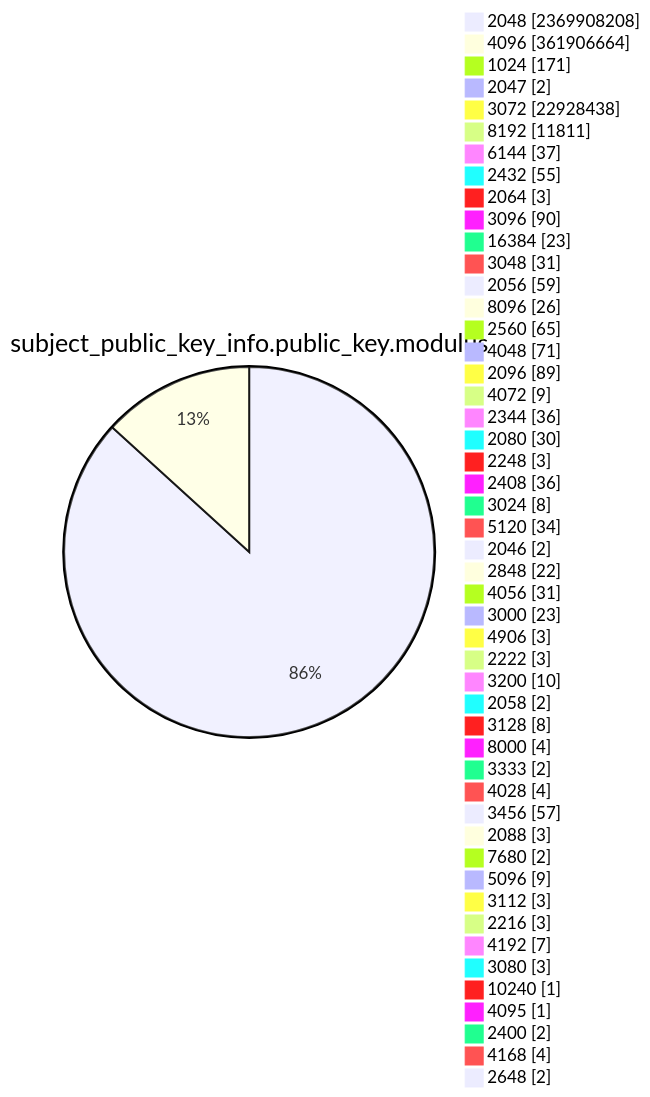
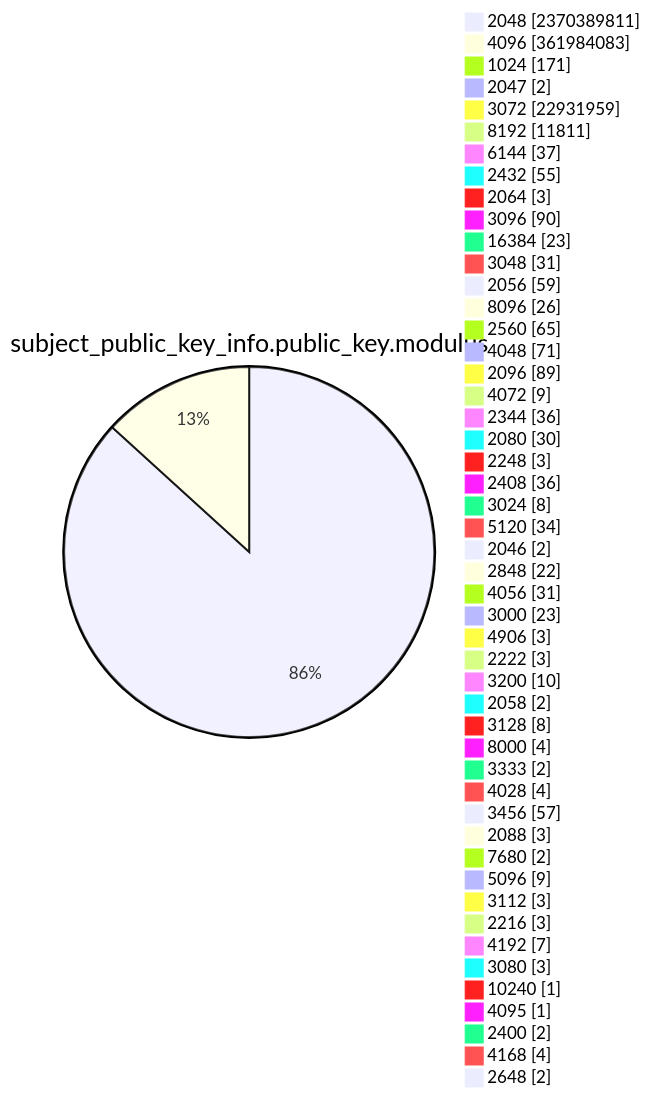
Diagram 13 of 15 in TOTAL/README.md (christiankrug/ctmonitor_visualization), drawn with Mermaid before and after one commit. The commit also changed other lines of this file, not shown here.

````diff
--- a/TOTAL/README.md
+++ b/TOTAL/README.md
@@ -4167,53 +4167,53 @@
 ```mermaid
 pie showData
 title subject_public_key_info.public_key.modulus
-"2048" :2369908208
-"4096" :361906664
+"2048" :2370389811
+"4096" :361984083
 "1024" :171
 "2047" :2
-"3072" :22928438
+"3072" :22931959
 "8192" :11811
 "6144" :37
 "2432" :55
 "2064" :3
 "3096" :90
 "16384" :23
 "3048" :31
 "2056" :59
 "8096" :26
 "2560" :65
 "4048" :71
 "2096" :89
 "4072" :9
 "2344" :36
 "2080" :30
 "2248" :3
 "2408" :36
 "3024" :8
 "5120" :34
 "2046" :2
 "2848" :22
 "4056" :31
 "3000" :23
 "4906" :3
 "2222" :3
 "3200" :10
 "2058" :2
 "3128" :8
 "8000" :4
 "3333" :2
 "4028" :4
 "3456" :57
 "2088" :3
 "7680" :2
 "5096" :9
 "3112" :3
 "2216" :3
 "4192" :7
 "3080" :3
 "10240" :1
 "4095" :1
 "2400" :2
 "4168" :4
 "2648" :2
 ```
````
